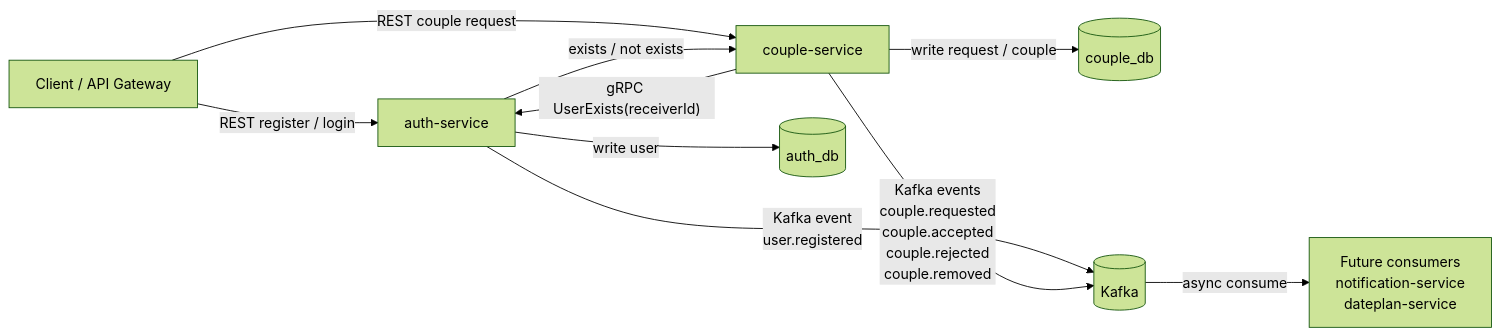
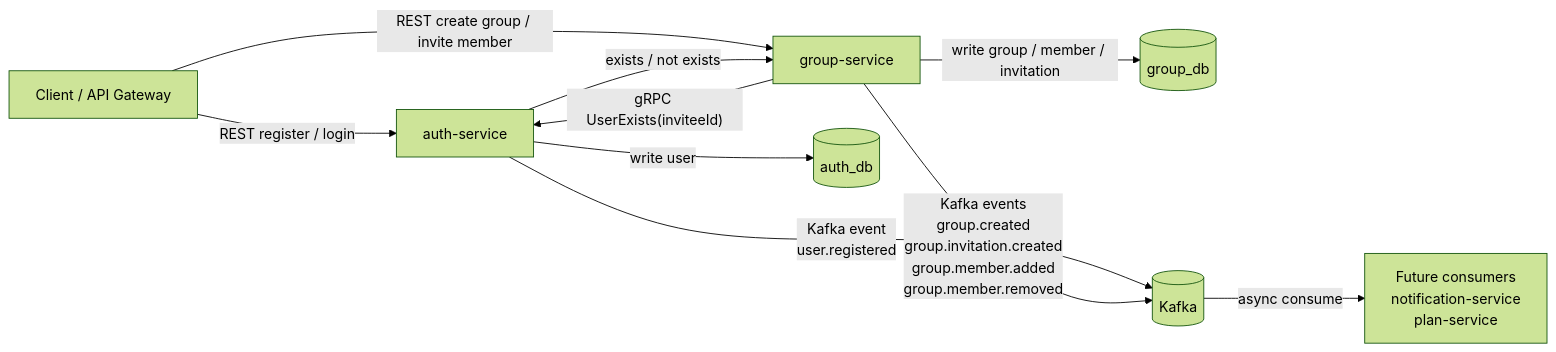
Before and after one commit to julynguyen247/starlyvia: the diagram in docs/grpc-kafka-flow.md, drawn with Mermaid (forest theme). The commit also changed 131 other files, not shown here.

````diff
--- a/docs/grpc-kafka-flow.md
+++ b/docs/grpc-kafka-flow.md
@@ -3,22 +3,22 @@
 ```mermaid
 flowchart LR
     Client[Client / API Gateway]
     Auth[auth-service]
-    Couple[couple-service]
+    Group[group-service]
     AuthDb[(auth_db)]
-    CoupleDb[(couple_db)]
+    GroupDb[(group_db)]
     Kafka[(Kafka)]
-    Consumers[Future consumers<br/>notification-service<br/>dateplan-service]
+    Consumers[Future consumers<br/>notification-service<br/>plan-service]
 
     Client -- REST register / login --> Auth
     Auth -- write user --> AuthDb
     Auth -- Kafka event<br/>user.registered --> Kafka
 
-    Client -- REST couple request --> Couple
-    Couple -- gRPC UserExists(receiverId) --> Auth
-    Auth -- exists / not exists --> Couple
-    Couple -- write request / couple --> CoupleDb
-    Couple -- Kafka events<br/>couple.requested<br/>couple.accepted<br/>couple.rejected<br/>couple.removed --> Kafka
+    Client -- REST create group / invite member --> Group
+    Group -- gRPC UserExists(inviteeId) --> Auth
+    Auth -- exists / not exists --> Group
+    Group -- write group / member / invitation --> GroupDb
+    Group -- Kafka events<br/>group.created<br/>group.invitation.created<br/>group.member.added<br/>group.member.removed --> Kafka
 
     Kafka -- async consume --> Consumers
 ```
````
